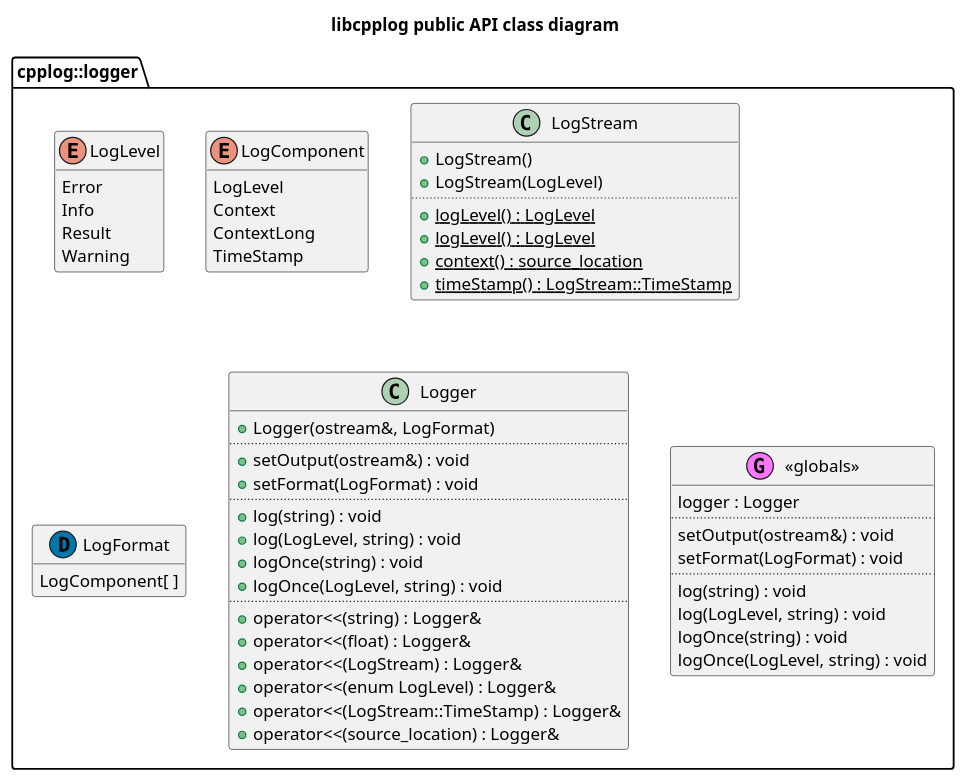
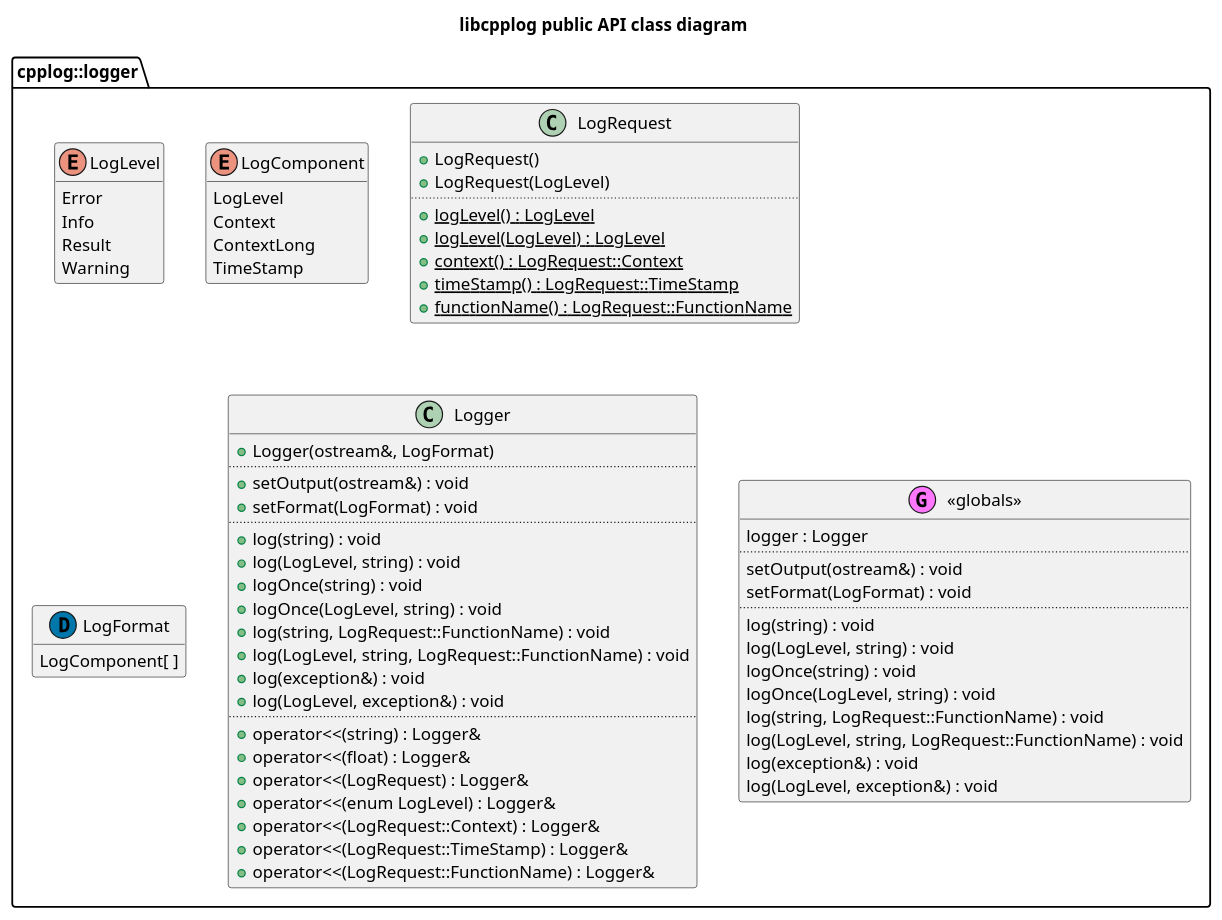
One commit to kfpgk/libcpplog changed the diagram in libcpplog/doc/class.puml. Above: the diagram before and after it, drawn with PlantUML.

Commit message:
Adjust API UML class diagram for LogStream > LogRequest change and addition of exception logging

```diff
--- a/libcpplog/doc/class.puml
+++ b/libcpplog/doc/class.puml
@@ -1,70 +1,80 @@
 @startuml class-diagram
 
 title libcpplog public API class diagram
 
 package cpplog::logger {
 
     enum LogLevel {
         Error
         Info
         Result
         Warning
     }
     hide LogLevel methods
 
     enum LogComponent {
         LogLevel
         Context
         ContextLong
         TimeStamp
     }
     hide LogComponent methods
 
-    class LogStream {
-        + LogStream()
-        + LogStream(LogLevel)
+    class LogRequest {
+        + LogRequest()
+        + LogRequest(LogLevel)
         ..
         + {static} logLevel() : LogLevel
-        + {static} logLevel() : LogLevel
-        + {static} context() : source_location
-        + {static} timeStamp() : LogStream::TimeStamp
+        + {static} logLevel(LogLevel) : LogLevel
+        + {static} context() : LogRequest::Context
+        + {static} timeStamp() : LogRequest::TimeStamp
+        + {static} functionName() : LogRequest::FunctionName
     }
 
     class LogFormat << (D,#0077AA) >> {
         LogComponent[ ]
     }
     hide LogFormat methods
 
     class Logger {
         + Logger(ostream&, LogFormat)
         ..
         + setOutput(ostream&) : void
         + setFormat(LogFormat) : void
         ..
         + log(string) : void
         + log(LogLevel, string) : void
         + logOnce(string) : void
         + logOnce(LogLevel, string) : void
+        + log(string, LogRequest::FunctionName) : void
+        + log(LogLevel, string, LogRequest::FunctionName) : void
+        + log(exception&) : void
+        + log(LogLevel, exception&) : void
         ..
         + operator<<(string) : Logger&
         + operator<<(float) : Logger&
-        + operator<<(LogStream) : Logger&
+        + operator<<(LogRequest) : Logger&
         + operator<<(enum LogLevel) : Logger&
-        + operator<<(LogStream::TimeStamp) : Logger&
-        + operator<<(source_location) : Logger&
+        + operator<<(LogRequest::Context) : Logger&
+        + operator<<(LogRequest::TimeStamp) : Logger&
+        + operator<<(LogRequest::FunctionName) : Logger&
     }
 
     class "<<globals>>" as globals << (G,#FF77FF) >> {
         logger : Logger
         ..
         setOutput(ostream&) : void
         setFormat(LogFormat) : void
         ..
         log(string) : void
         log(LogLevel, string) : void
         logOnce(string) : void
         logOnce(LogLevel, string) : void
+        log(string, LogRequest::FunctionName) : void
+        log(LogLevel, string, LogRequest::FunctionName) : void
+        log(exception&) : void
+        log(LogLevel, exception&) : void
     }
 }
 
 @enduml
```
